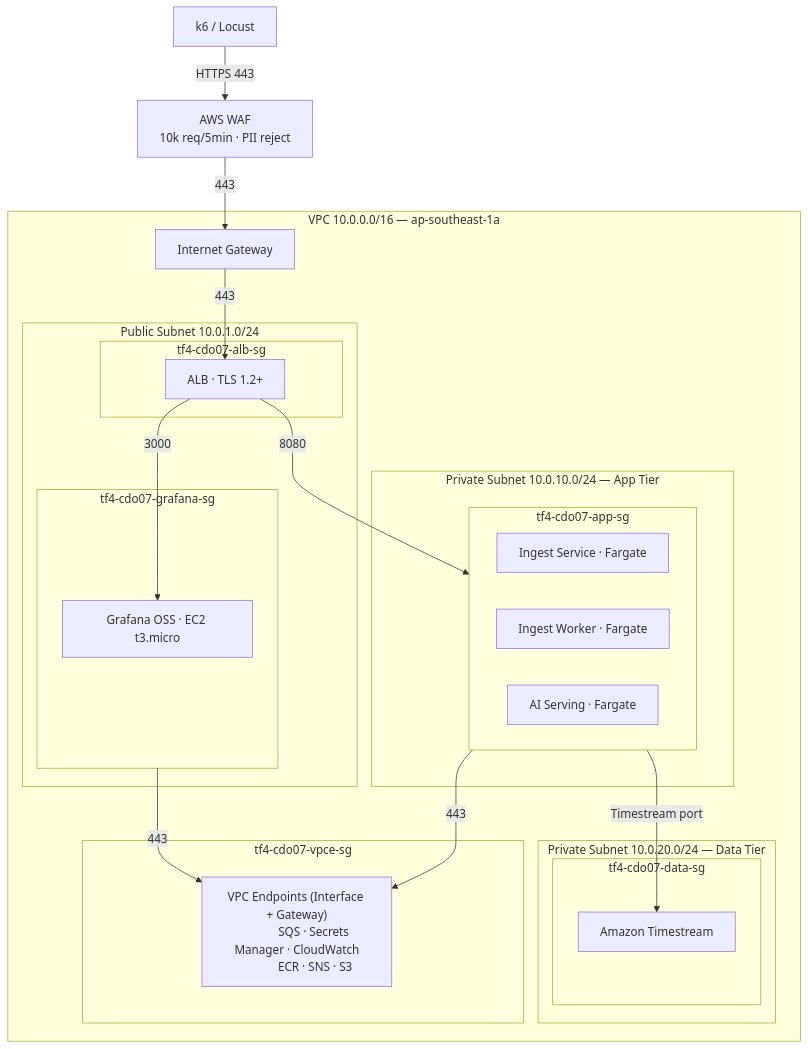
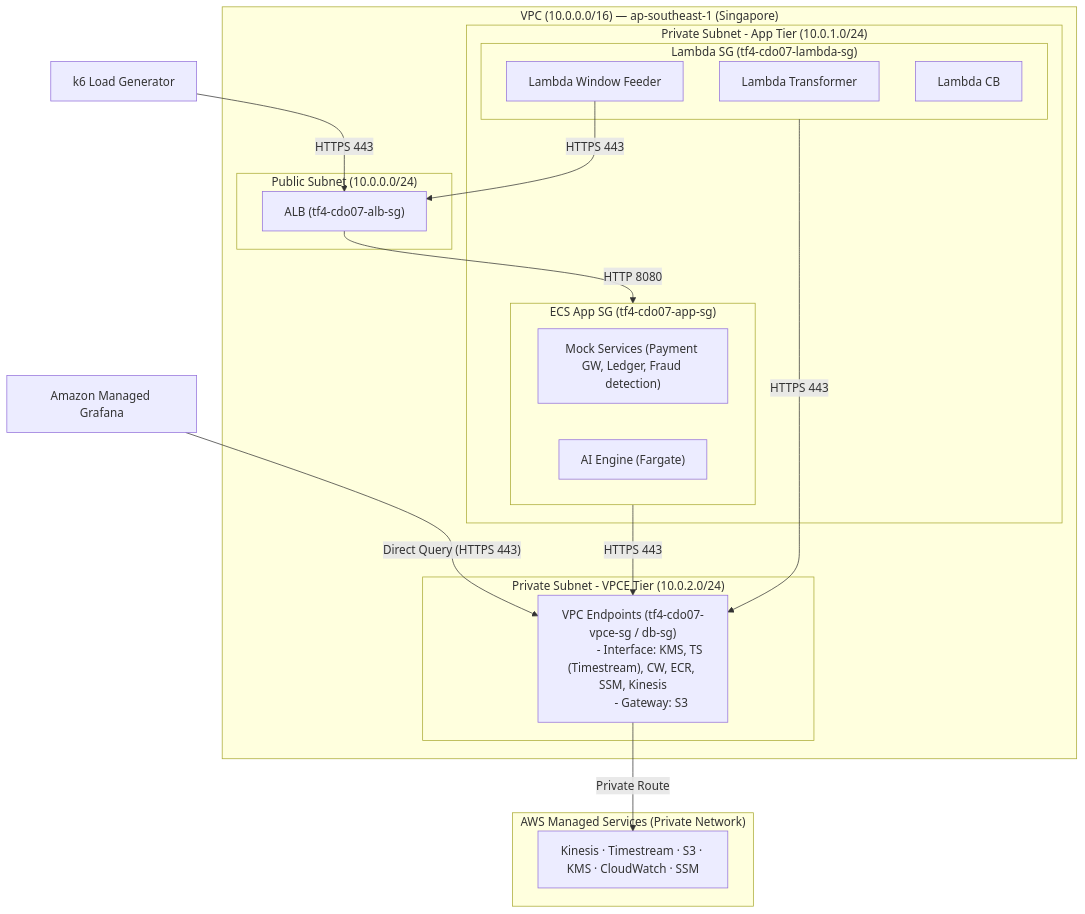
One commit to CDO-07/CDO-07-Capstone-phase2 changed the first of 2 diagrams in xbrain-learners/capstone/tf-4/cdo-07/docs/03_security_design.md. Above: the diagram before and after it, drawn with Mermaid. The commit also changed other lines of this file and 6 other files, not shown here.

````diff
--- a/xbrain-learners/capstone/tf-4/cdo-07/docs/03_security_design.md
+++ b/xbrain-learners/capstone/tf-4/cdo-07/docs/03_security_design.md
@@ -23,46 +20,44 @@
 ```mermaid
-graph TB
-    CLIENT["k6 / Locust"] -->|"HTTPS 443"| WAF["AWS WAF
-    10k req/5min · PII reject"]
-    WAF -->|"443"| IGW
+graph TD
+    %% Internet Client
+    CLIENT["k6 Load Generator"] -->|"HTTPS 443"| ALB
+    
+    subgraph VPC["VPC (10.0.0.0/16) — ap-southeast-1 (Singapore)"]
+        subgraph PUB_SUB["Public Subnet (10.0.0.0/24)"]
+            ALB["ALB (tf4-cdo07-alb-sg)"]
+        end
 
-    subgraph VPC["VPC 10.0.0.0/16 — ap-southeast-1a"]
-        IGW["Internet Gateway"]
-
-        subgraph PUB["Public Subnet 10.0.1.0/24"]
-            subgraph ALB_SG["tf4-cdo07-alb-sg"]
-                ALB["ALB · TLS 1.2+"]
+        subgraph APP_SUB["Private Subnet - App Tier (10.0.1.0/24)"]
+            subgraph APP_SG["ECS App SG (tf4-cdo07-app-sg)"]
+                MOCK["Mock Services (Payment GW, Ledger, Fraud detection)"]
+                AI["AI Engine (Fargate)"]
             end
-            subgraph GF_SG["tf4-cdo07-grafana-sg"]
-                GF["Grafana OSS · EC2 t3.micro"]
+            
+            subgraph LAMBDA_SG["Lambda SG (tf4-cdo07-lambda-sg)"]
+                L_TRANS["Lambda Transformer"]
+                L_FEED["Lambda Window Feeder"]
+                L_CB["Lambda CB"]
             end
         end
 
-        subgraph APP["Private Subnet 10.0.10.0/24 — App Tier"]
-            subgraph APP_SG["tf4-cdo07-app-sg"]
-                SVC["Ingest Service · Fargate"]
-                WKR["Ingest Worker · Fargate"]
-                AI["AI Serving · Fargate"]
-            end
-        end
-
-        subgraph DATA["Private Subnet 10.0.20.0/24 — Data Tier"]
-            subgraph DATA_SG["tf4-cdo07-data-sg"]
-                TS["Amazon Timestream"]
-            end
-        end
-
-        subgraph VPCE_SG["tf4-cdo07-vpce-sg"]
-            VPCE["VPC Endpoints (Interface + Gateway)
-            SQS · Secrets Manager · CloudWatch
-            ECR · SNS · S3"]
+        subgraph VPCE_SUB["Private Subnet - VPCE Tier (10.0.2.0/24)"]
+            VPCE["VPC Endpoints (tf4-cdo07-vpce-sg / db-sg)
+            - Interface: KMS, TS (Timestream), CW, ECR, SSM, Kinesis
+            - Gateway: S3"]
         end
     end
 
-    IGW -->|"443"| ALB
-    ALB -->|"8080"| APP_SG
-    ALB -->|"3000"| GF
-    APP_SG -->|"Timestream port"| TS
-    APP_SG -->|"443"| VPCE
-    GF_SG -->|"443"| VPCE
+    subgraph AWS["AWS Managed Services (Private Network)"]
+        AWS_SERVS["Kinesis · Timestream · S3 · KMS · CloudWatch · SSM"]
+    end
+
+    GRAFANA["Amazon Managed Grafana"]
+
+    %% Network Security Flows
+    ALB -->|"HTTP 8080"| APP_SG
+    APP_SG -->|"HTTPS 443"| VPCE
+    LAMBDA_SG -->|"HTTPS 443"| VPCE
+    VPCE -->|"Private Route"| AWS_SERVS
+    GRAFANA -->|"Direct Query (HTTPS 443)"| VPCE
+    L_FEED -->|"HTTPS 443"| ALB
 ```
````
